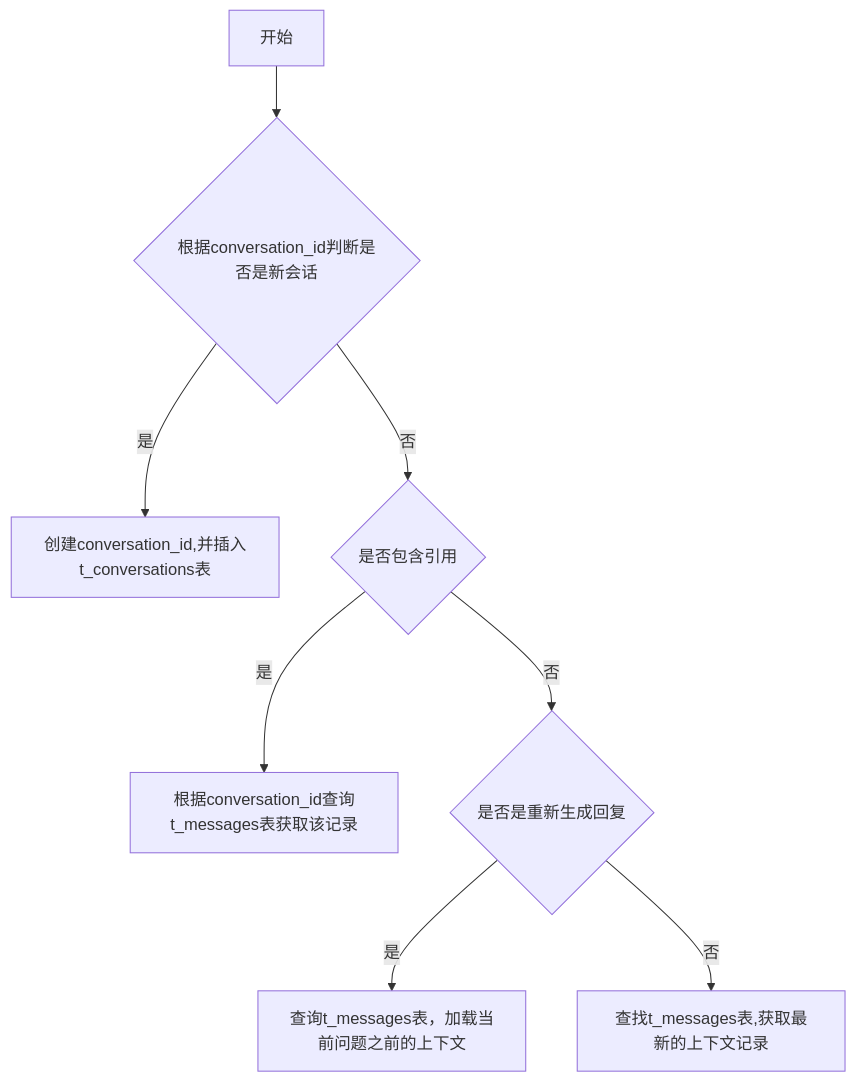
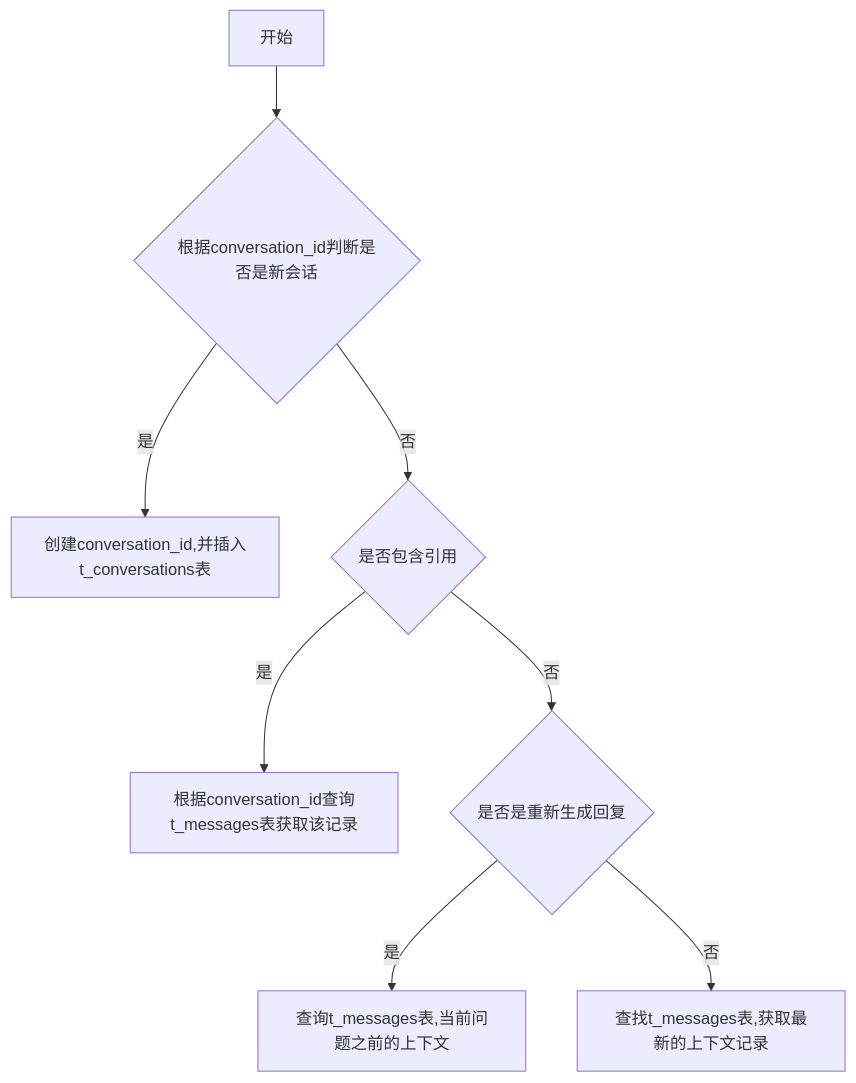
One commit to yingjianzh/iodraw-files changed the diagram in all/未命名-7.md. Above: the diagram before and after it, drawn with Mermaid.

Commit message:
2024-10-12 14:23:55 update

````diff
--- a/all/未命名-7.md
+++ b/all/未命名-7.md
@@ -1,12 +1,12 @@
 ```mermaid
 flowchart TD
     A[开始] --> B{根据conversation_id判断是否是新会话}
     B -- 是 --> C[创建conversation_id,并插入t_conversations表]
     B -- 否 --> D{是否包含引用}
     D -- 是 --> E[根据conversation_id查询t_messages表获取该记录]
     D -- 否 --> F{是否是重新生成回复}
-    F -- 是 --> G[查询t_messages表，加载当前问题之前的上下文]
+    F -- 是 --> G[查询t_messages表,当前问题之前的上下文]
     F -- 否 --> H[查找t_messages表,获取最新的上下文记录]
 
 
 ```
````
